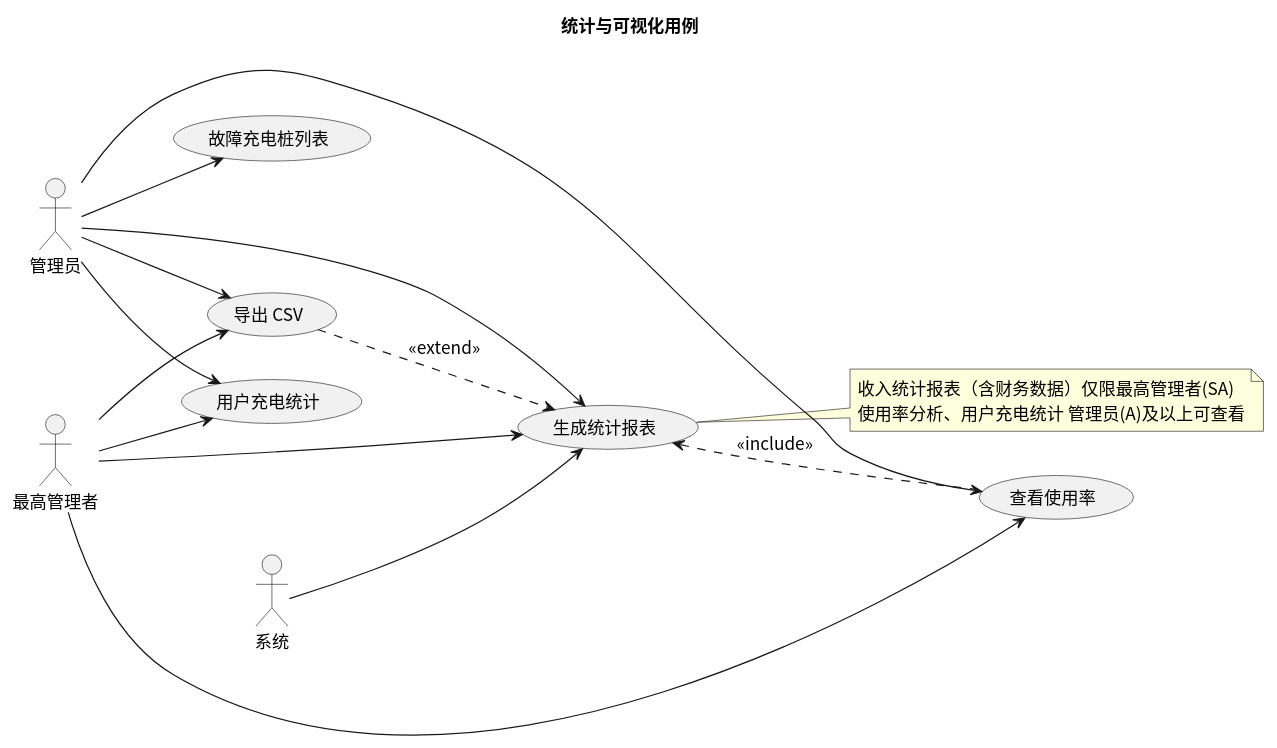
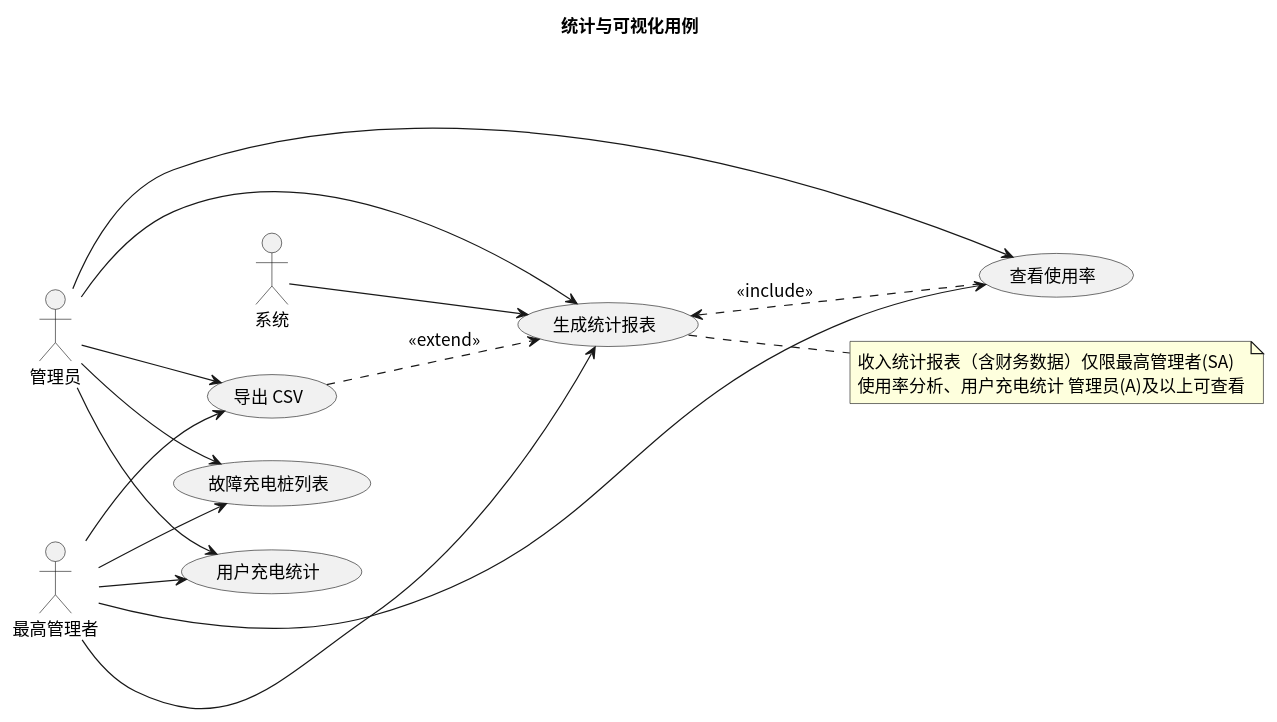
Before and after one commit to greenhandzdl/charging-station-doc: the diagram in usecase/docs/overview/src/analytics.puml, drawn with PlantUML. The commit also changed 17 other files, not shown here.

First line of the commit message:
fix: 第6轮评估修复 — 跨图一致性全面补全（4 CRITICAL + 4 MAJOR + MINOR）

```diff
--- a/usecase/docs/overview/src/analytics.puml
+++ b/usecase/docs/overview/src/analytics.puml
@@ -1,33 +1,34 @@
 @startuml
 skinparam defaultFontName "Noto Sans CJK SC"
 skinparam defaultFontSize 14
 title 统计与可视化用例
 left to right direction
 skinparam useCaseShape rectangle
 
 actor "系统" as S
 actor "管理员" as A
 actor "最高管理者" as SA
 
 usecase "生成统计报表" as GR
 usecase "查看使用率" as VU
 usecase "导出 CSV" as EXP
 usecase "用户充电统计" as UCS
 usecase "故障充电桩列表" as FCL
 
 S  --> GR
 A  --> GR
 A  --> VU
 A  --> EXP
 SA --> GR
 SA --> VU
 SA --> EXP
 A  --> FCL
+SA --> FCL
 A  --> UCS
 SA --> UCS
 
 GR <.down. VU : <<include>>
 EXP ..> GR : <<extend>>
 
 note right of GR : 收入统计报表（含财务数据）仅限最高管理者(SA)\n使用率分析、用户充电统计 管理员(A)及以上可查看
 @enduml
```
